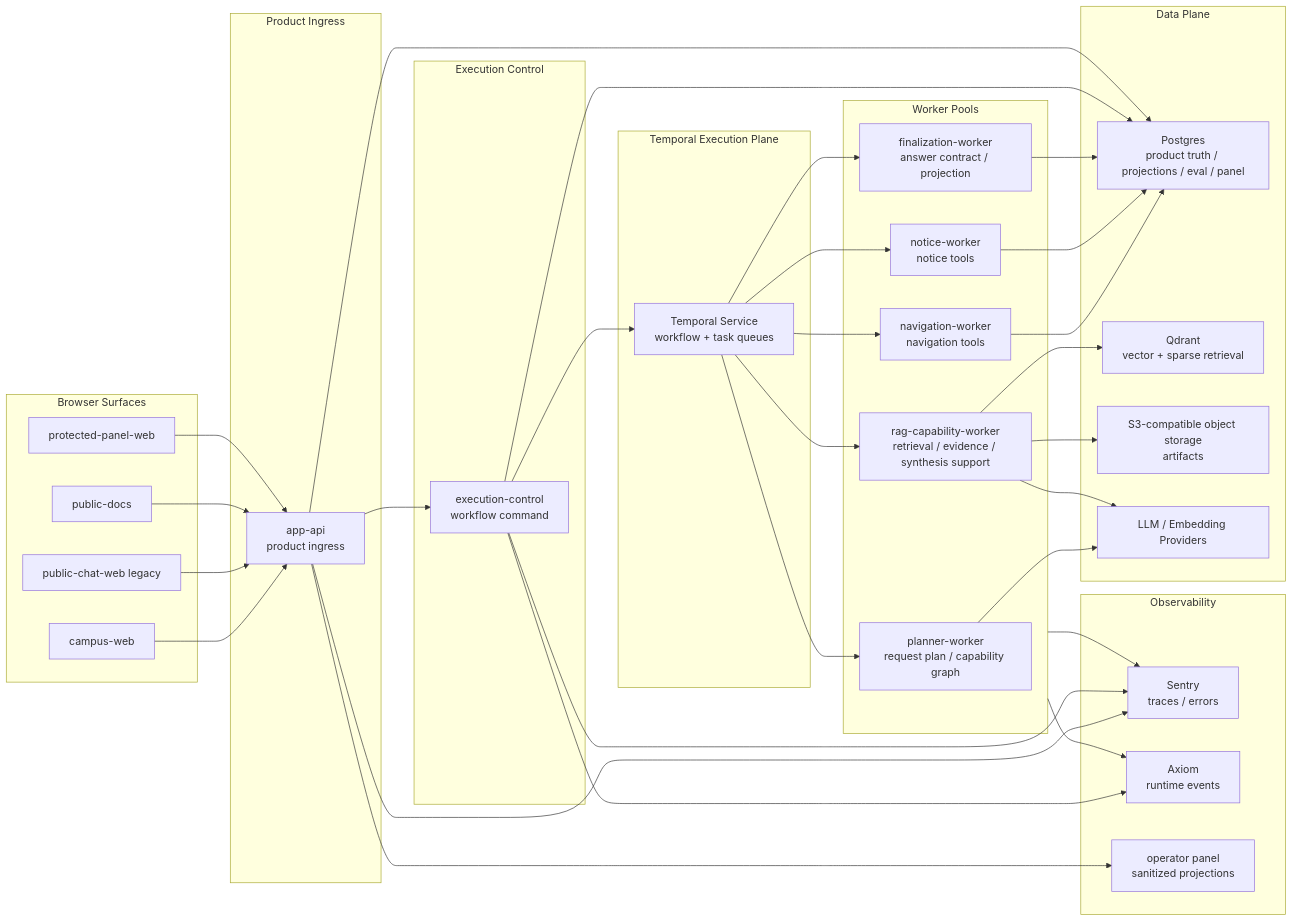
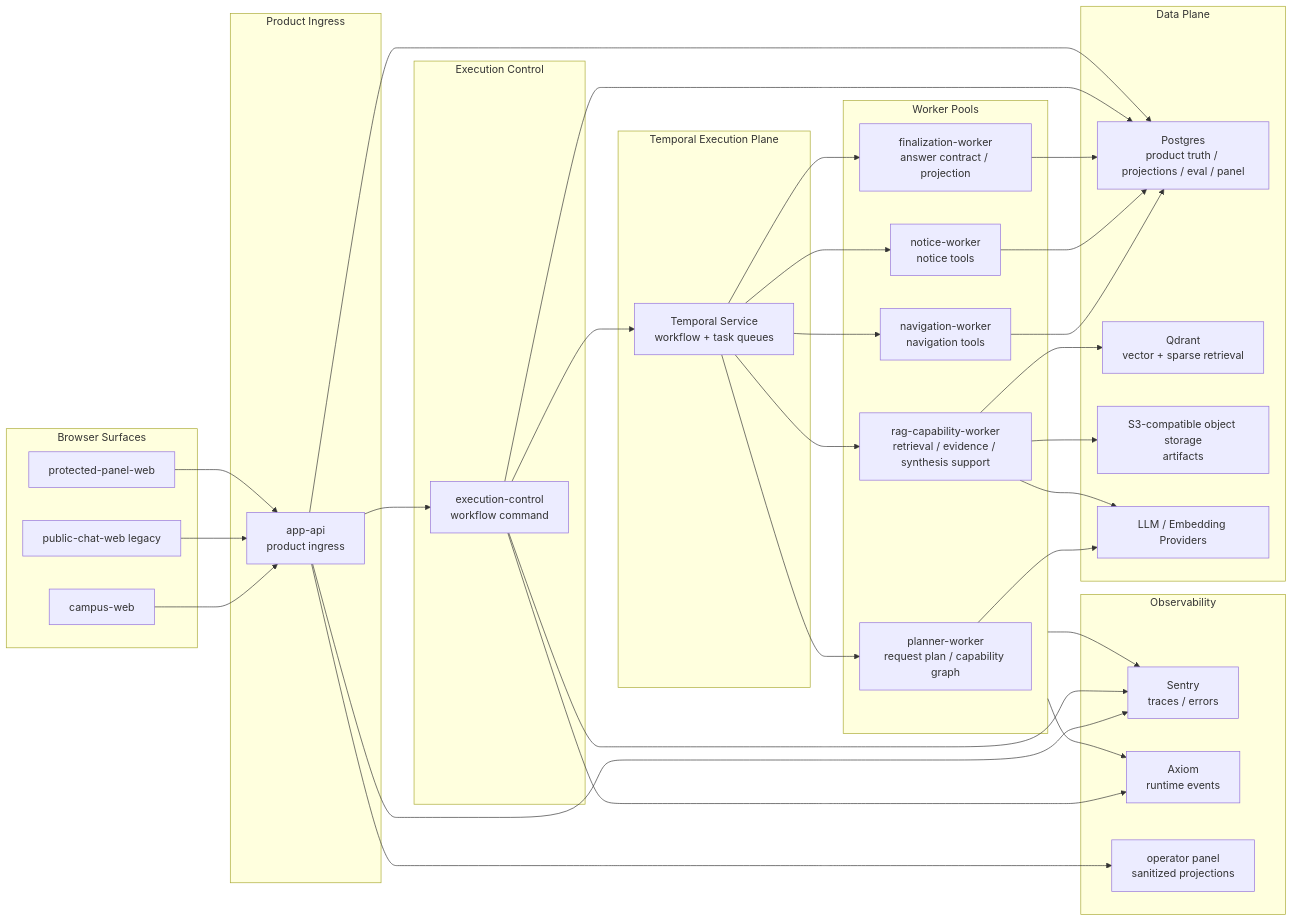
The diagram in docs/architecture/target-architecture.md (Luxfeier22331/campus-agent-main), drawn with Mermaid before and after one commit. The commit also changed other lines of this file and 53 other files, not shown here.

````diff
--- a/docs/architecture/target-architecture.md
+++ b/docs/architecture/target-architecture.md
@@ -64,74 +64,72 @@
 ```mermaid
 flowchart LR
   subgraph Client["Browser Surfaces"]
     Campus["campus-web"]
     Chat["public-chat-web legacy"]
-    Docs["public-docs"]
     Panel["protected-panel-web"]
   end
 
   subgraph ProductIngress["Product Ingress"]
     AppAPI["app-api\nproduct ingress"]
   end
 
   subgraph ExecutionIngress["Execution Control"]
     Gateway["execution-control\nworkflow command"]
   end
 
   subgraph TemporalPlane["Temporal Execution Plane"]
     Temporal["Temporal Service\nworkflow + task queues"]
   end
 
   subgraph Workers["Worker Pools"]
     Planner["planner-worker\nrequest plan / capability graph"]
     RAG["rag-capability-worker\nretrieval / evidence / synthesis support"]
     Nav["navigation-worker\nnavigation tools"]
     Notice["notice-worker\nnotice tools"]
     Finalizer["finalization-worker\nanswer contract / projection"]
   end
 
   subgraph DataPlane["Data Plane"]
     PG["Postgres\nproduct truth / projections / eval / panel"]
     Qdrant["Qdrant\nvector + sparse retrieval"]
     ObjectStore["S3-compatible object storage\nartifacts"]
     Provider["LLM / Embedding Providers"]
   end
 
   subgraph Observability["Observability"]
     Sentry["Sentry\ntraces / errors"]
     Axiom["Axiom\nruntime events"]
     PanelOps["operator panel\nsanitized projections"]
   end
 
   Campus --> AppAPI
   Chat --> AppAPI
-  Docs --> AppAPI
   Panel --> AppAPI
 
   AppAPI --> Gateway
   Gateway --> Temporal
 
   Temporal --> Planner
   Temporal --> RAG
   Temporal --> Nav
   Temporal --> Notice
   Temporal --> Finalizer
 
   Planner --> Provider
   RAG --> Qdrant
   RAG --> ObjectStore
   RAG --> Provider
   Nav --> PG
   Notice --> PG
   Finalizer --> PG
 
   Gateway --> PG
   AppAPI --> PG
   AppAPI --> PanelOps
 
   AppAPI --> Sentry
   Gateway --> Sentry
   Workers --> Sentry
   Workers --> Axiom
   Gateway --> Axiom
 ```
````
